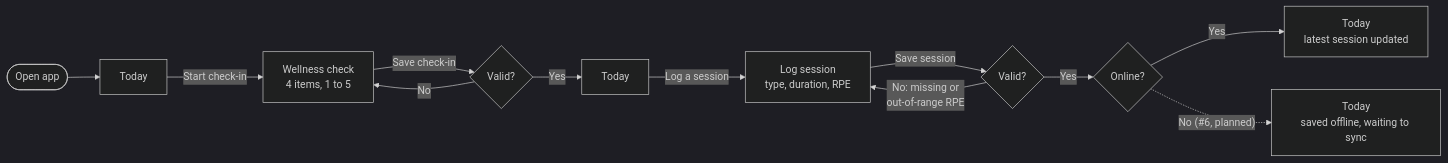
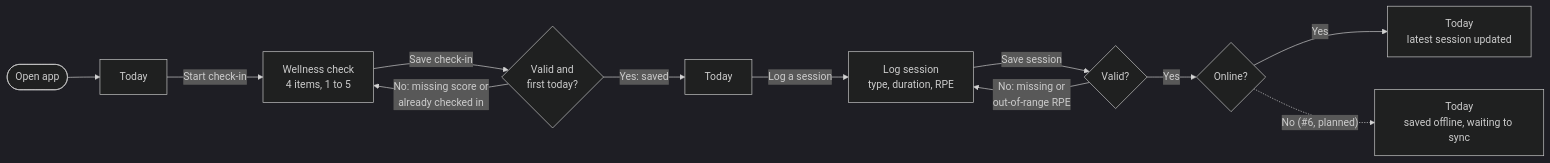
One commit to peterbryson/LoadWise changed the second of 2 diagrams in docs/design/navigation-map.md. Above: the diagram before and after it, drawn with Mermaid (dark theme). The commit also changed other lines of this file and 13 other files, not shown here.

First line of the commit message:
feat: save the daily wellness check, one per day (#5)

````diff
--- a/docs/design/navigation-map.md
+++ b/docs/design/navigation-map.md
@@ -53,14 +53,14 @@
 ```mermaid
 flowchart LR
   a([Open app]) --> b[Today]
   b -- "Start check-in" --> c[Wellness check<br/>4 items, 1 to 5]
-  c -- "Save check-in" --> d{Valid?}
-  d -- No --> c
-  d -- Yes --> b2[Today]
+  c -- "Save check-in" --> d{Valid and<br/>first today?}
+  d -- "No: missing score or<br/>already checked in" --> c
+  d -- "Yes: saved" --> b2[Today]
   b2 -- "Log a session" --> e[Log session<br/>type, duration, RPE]
   e -- "Save session" --> f{Valid?}
   f -- "No: missing or<br/>out-of-range RPE" --> e
   f -- Yes --> g{Online?}
   g -- Yes --> h[Today<br/>latest session updated]
   g -. "No (#6, planned)" .-> i[Today<br/>saved offline, waiting to sync]
 ```
````
